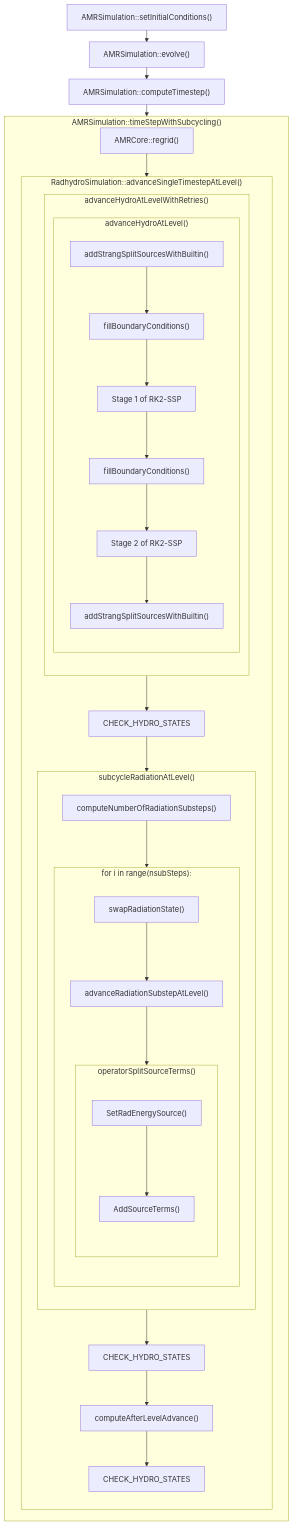
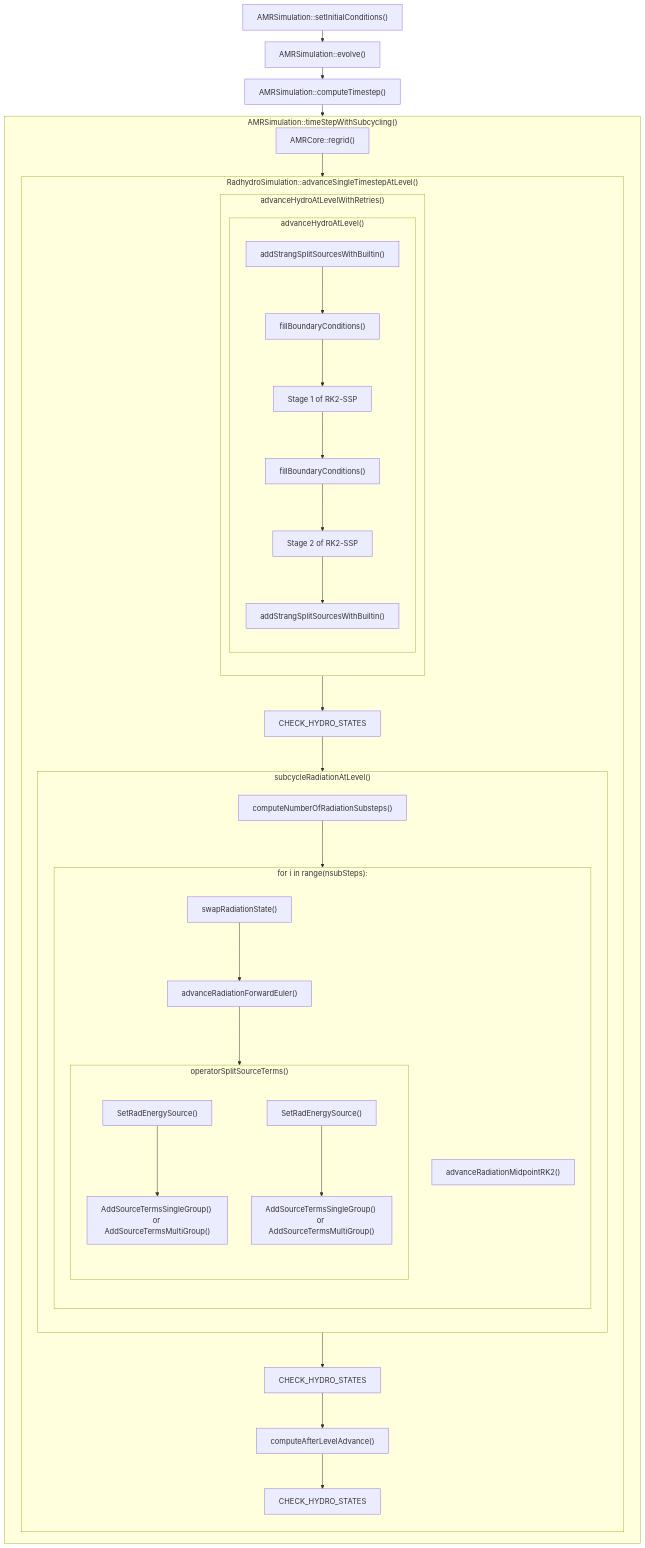
Before and after one commit to quokka-astro/quokka: the diagram in docs/markdown/flowchart.md, drawn with Mermaid. The commit also changed 1 other file, not shown here.

Commit message:
cleanup and remove flowchart

```diff
--- a/docs/markdown/flowchart.md
+++ b/docs/markdown/flowchart.md
@@ -54,14 +54,22 @@
                 subgraph forLoop ["for i in range(nsubSteps):"]
                     direction TB
                     G1["swapRadiationState()"]
-                    G2["advanceRadiationSubstepAtLevel()"]
-                    
+                    G2["advanceRadiationForwardEuler()"]
+
                     subgraph operator ["operatorSplitSourceTerms()"]
                         direction TB
                         K1["SetRadEnergySource()"]
-                        K2["AddSourceTerms()"]
-                        
+												K2["AddSourceTermsSingleGroup() or AddSourceTermsMultiGroup()"]
                         K1 --> K2
+                    end
+                    
+										G5["advanceRadiationMidpointRK2()"]
+
+                    subgraph operator ["operatorSplitSourceTerms()"]
+                        direction TB
+                        K3["SetRadEnergySource()"]
+												K4["AddSourceTermsSingleGroup() or AddSourceTermsMultiGroup()"]
+                        K3 --> K4
                     end
                     
                     G1 --> G2 --> operator
```
